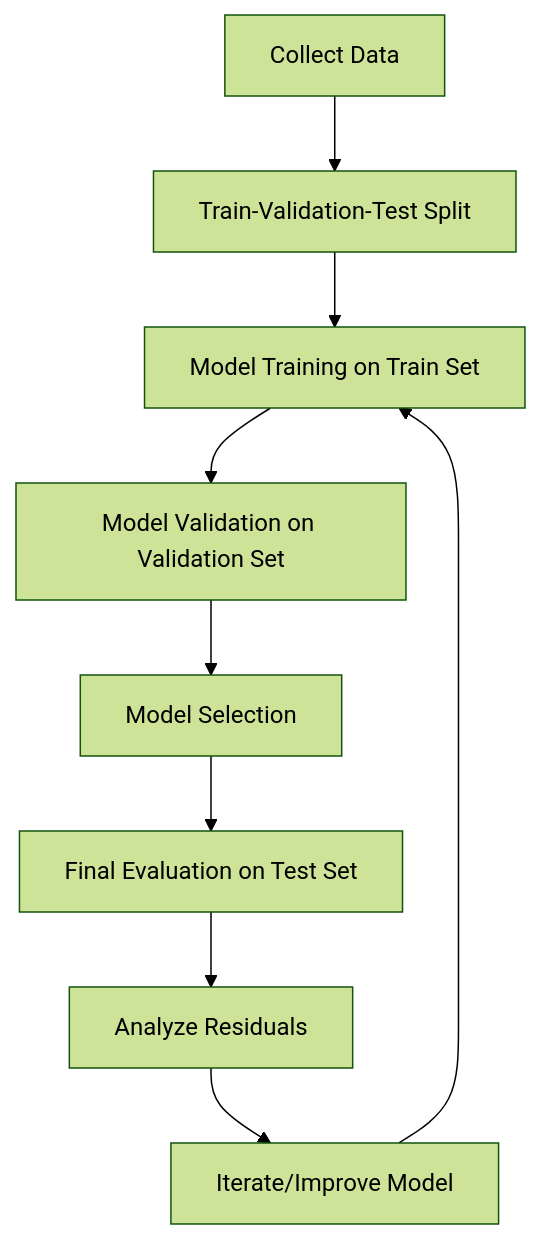
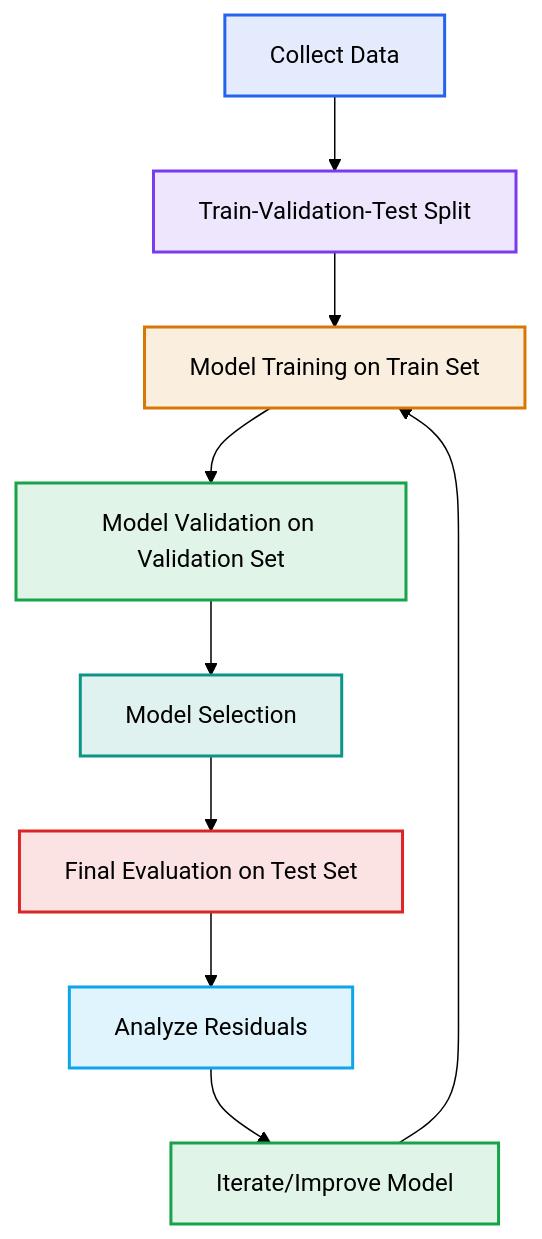
Before and after one commit to MadeInShineA/hei-course-summaries: the first of 2 diagrams in 301.1-ml/intro.md, drawn with Mermaid (forest theme).

Commit message:
Unified graphs style in intro.md

````diff
--- a/301.1-ml/intro.md
+++ b/301.1-ml/intro.md
@@ -217,11 +217,20 @@
 ```mermaid
-graph TD
+flowchart TD
     A[Collect Data] --> B[Train-Validation-Test Split]
     B --> C[Model Training on Train Set]
     C --> D[Model Validation on Validation Set]
     D --> E[Model Selection]
     E --> F[Final Evaluation on Test Set]
     F --> G[Analyze Residuals]
     G --> H[Iterate/Improve Model]
     H --> C
+
+    style A fill:#2563eb20,stroke:#2563eb,stroke-width:2px
+    style B fill:#7c3aed20,stroke:#7c3aed,stroke-width:2px
+    style C fill:#d9770620,stroke:#d97706,stroke-width:2px
+    style D fill:#16a34a20,stroke:#16a34a,stroke-width:2px
+    style E fill:#0d948820,stroke:#0d9488,stroke-width:2px
+    style F fill:#dc262620,stroke:#dc2626,stroke-width:2px
+    style G fill:#0ea5e920,stroke:#0ea5e9,stroke-width:2px
+    style H fill:#16a34a20,stroke:#16a34a,stroke-width:2px
 ```
````
